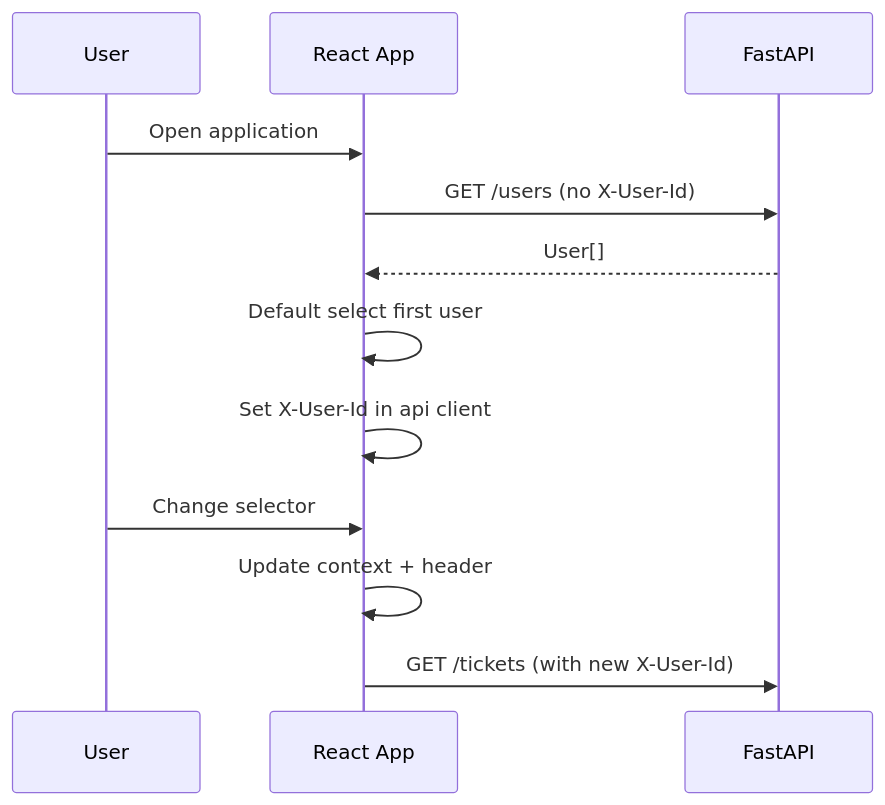
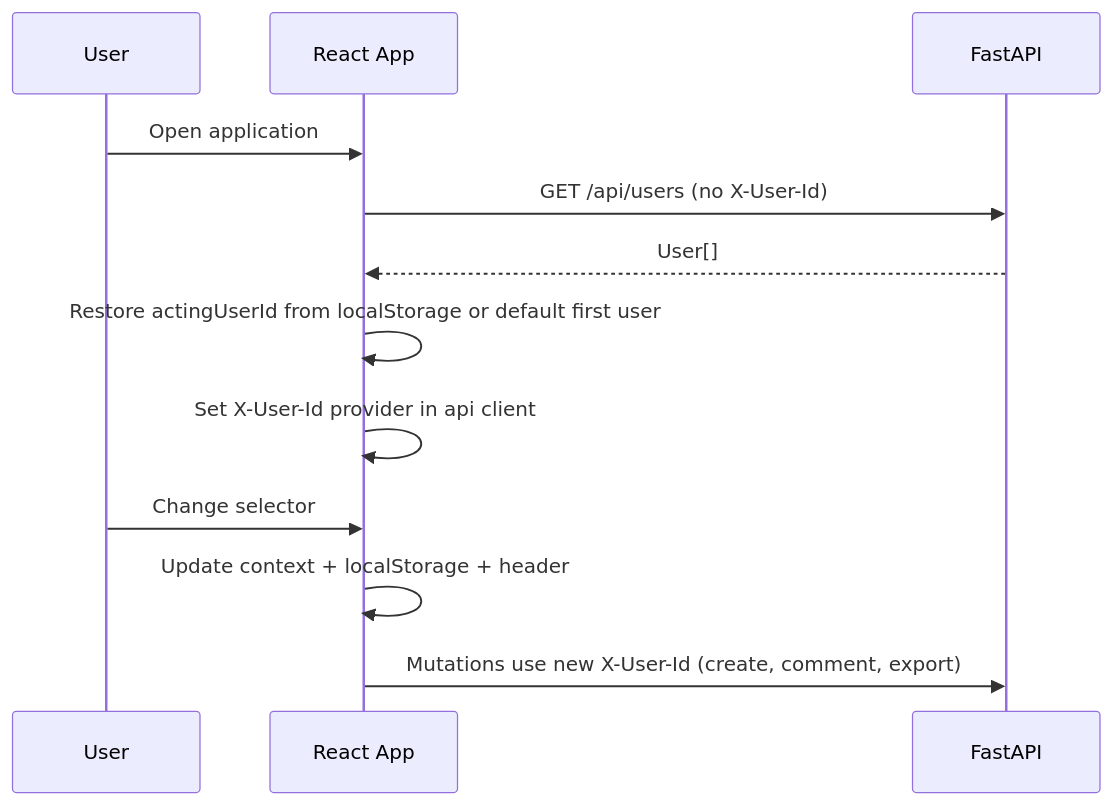
Before and after one commit to PrinceYadavOffice/ticket-management: the first of 3 diagrams in ui-flow.md, drawn with Mermaid. The commit also changed other lines of this file and 39 other files, not shown here.

````diff
--- a/ui-flow.md
+++ b/ui-flow.md
@@ -50,15 +50,15 @@
 ```mermaid
 sequenceDiagram
     participant U as User
     participant App as React App
     participant API as FastAPI
 
     U->>App: Open application
-    App->>API: GET /users (no X-User-Id)
+    App->>API: GET /api/users (no X-User-Id)
     API-->>App: User[]
-    App->>App: Default select first user
-    App->>App: Set X-User-Id in api client
+    App->>App: Restore actingUserId from localStorage or default first user
+    App->>App: Set X-User-Id provider in api client
     U->>App: Change selector
-    App->>App: Update context + header
-    App->>API: GET /tickets (with new X-User-Id)
+    App->>App: Update context + localStorage + header
+    App->>API: Mutations use new X-User-Id (create, comment, export)
 ```
````
